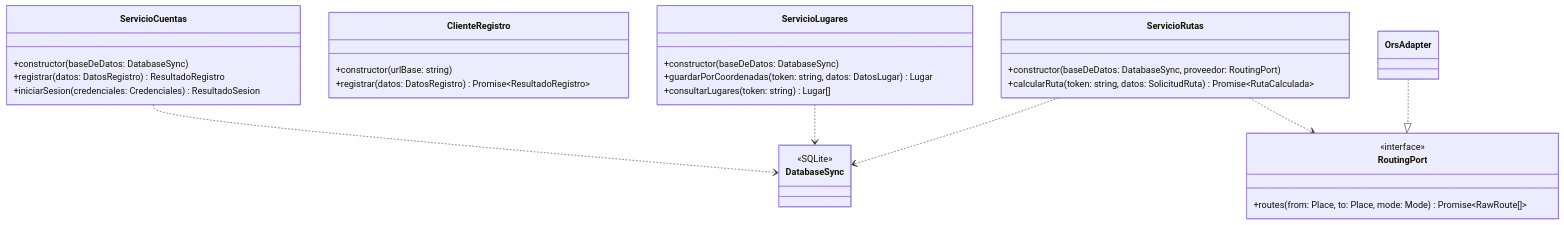
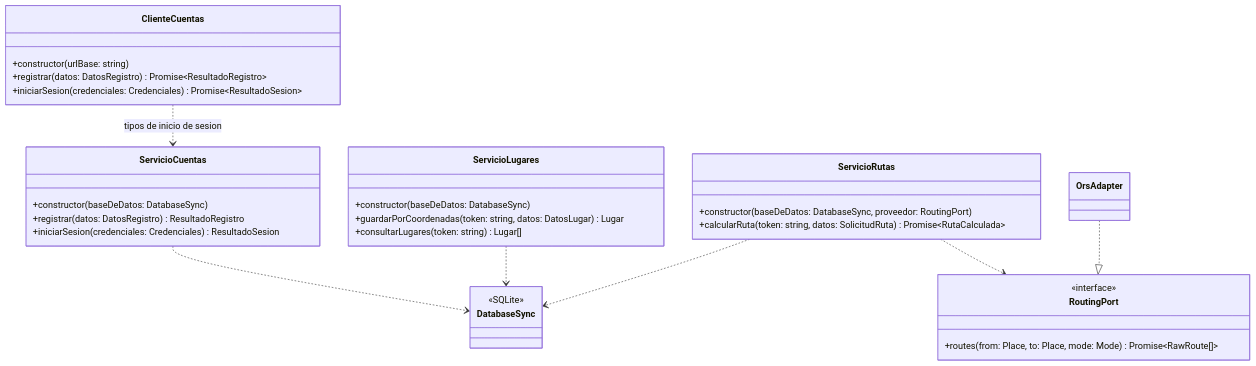
Before and after one commit to Kiliansito/ei1039-ei1048-movilidad: the diagram in docs/entrega2/uml-sut-it01.md, drawn with Mermaid. The commit also changed other lines of this file and 5 other files, not shown here.

````diff
--- a/docs/entrega2/uml-sut-it01.md
+++ b/docs/entrega2/uml-sut-it01.md
@@ -5,38 +5,40 @@
 ```mermaid
 classDiagram
     direction TB
 
     class ServicioCuentas {
         +constructor(baseDeDatos: DatabaseSync)
         +registrar(datos: DatosRegistro) ResultadoRegistro
         +iniciarSesion(credenciales: Credenciales) ResultadoSesion
     }
-    class ClienteRegistro {
+    class ClienteCuentas {
         +constructor(urlBase: string)
         +registrar(datos: DatosRegistro) Promise~ResultadoRegistro~
+        +iniciarSesion(credenciales: Credenciales) Promise~ResultadoSesion~
     }
     class ServicioLugares {
         +constructor(baseDeDatos: DatabaseSync)
         +guardarPorCoordenadas(token: string, datos: DatosLugar) Lugar
         +consultarLugares(token: string) Lugar[]
     }
     class ServicioRutas {
         +constructor(baseDeDatos: DatabaseSync, proveedor: RoutingPort)
         +calcularRuta(token: string, datos: SolicitudRuta) Promise~RutaCalculada~
     }
 
     class DatabaseSync {
         <<SQLite>>
     }
     class RoutingPort {
         <<interface>>
         +routes(from: Place, to: Place, mode: Mode) Promise~RawRoute[]~
     }
     class OrsAdapter
 
+    ClienteCuentas ..> ServicioCuentas : tipos de inicio de sesion
     ServicioCuentas ..> DatabaseSync
     ServicioLugares ..> DatabaseSync
     ServicioRutas ..> DatabaseSync
     ServicioRutas ..> RoutingPort
     OrsAdapter ..|> RoutingPort
 ```
````
